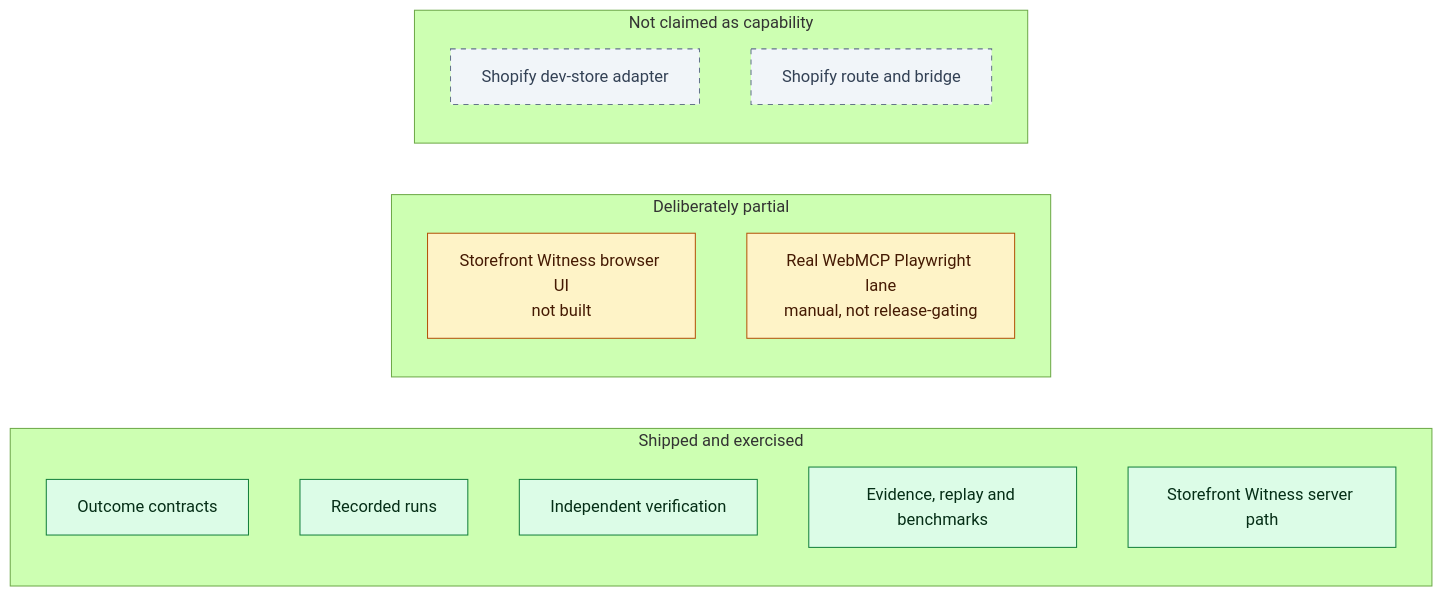
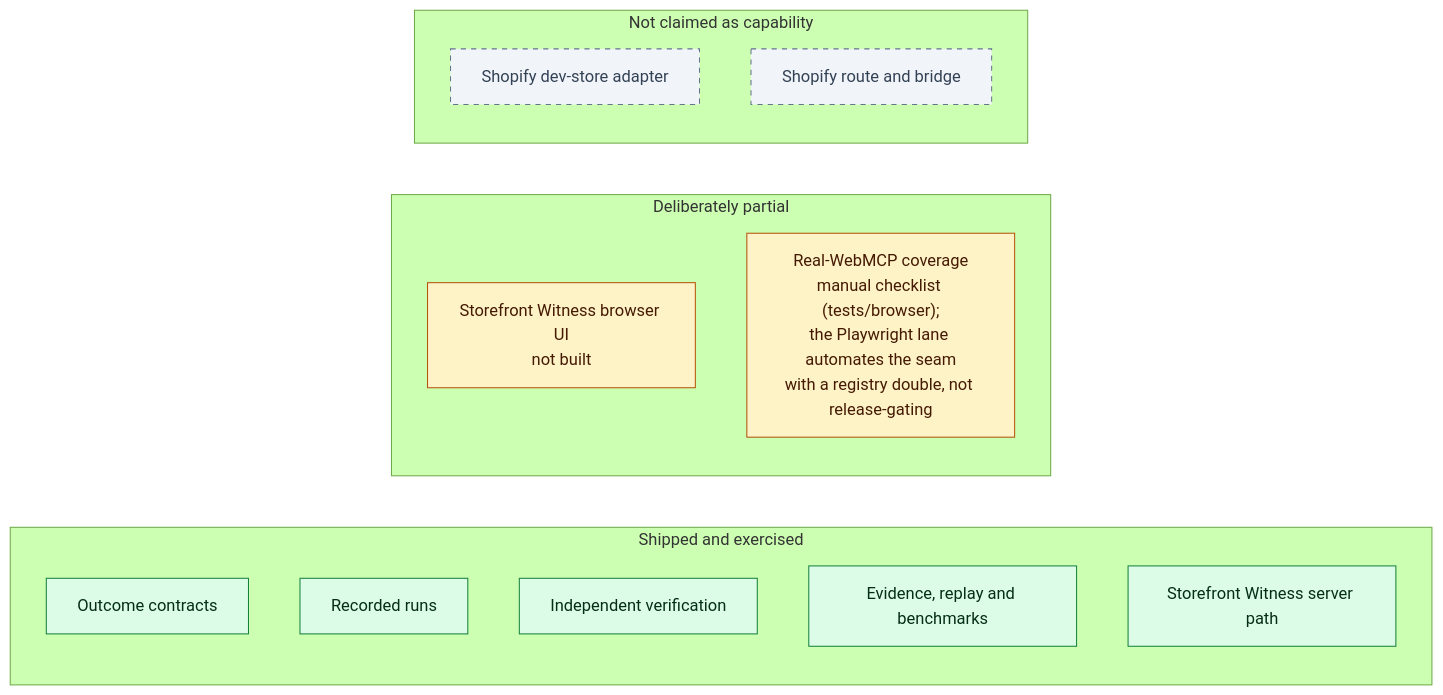
One commit to ichiorca/actionwitness changed the third of 27 diagrams in docs/ARCHITECTURE.md. Above: the diagram before and after it, drawn with Mermaid (forest theme). The commit also changed other lines of this file and 12 other files, not shown here.

````diff
--- a/docs/ARCHITECTURE.md
+++ b/docs/ARCHITECTURE.md
@@ -87,27 +87,27 @@
 ```mermaid
 flowchart LR
     subgraph Shipped["Shipped and exercised"]
         S1["Outcome contracts"]
         S2["Recorded runs"]
         S3["Independent verification"]
         S4["Evidence, replay and benchmarks"]
         S5["Storefront Witness server path"]
     end
 
     subgraph Partial["Deliberately partial"]
         P1["Storefront Witness browser UI<br/>not built"]
-        P2["Real WebMCP Playwright lane<br/>manual, not release-gating"]
+        P2["Real-WebMCP coverage<br/>manual checklist (tests/browser);<br/>the Playwright lane automates the seam<br/>with a registry double, not release-gating"]
     end
 
     subgraph Disabled["Not claimed as capability"]
         D1["Shopify dev-store adapter"]
         D2["Shopify route and bridge"]
     end
 
     classDef live fill:#dcfce7,stroke:#15803d,color:#052e16;
     classDef partial fill:#fef3c7,stroke:#b45309,color:#451a03;
     classDef off fill:#f1f5f9,stroke:#64748b,color:#334155,stroke-dasharray:5 5;
     class S1,S2,S3,S4,S5 live;
     class P1,P2 partial;
     class D1,D2 off;
 ```
````
